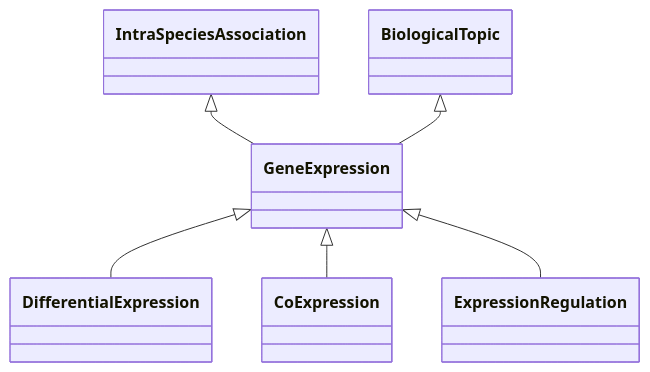
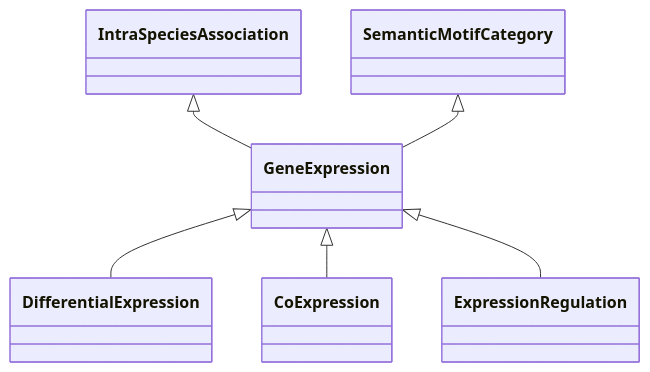
The diagram in semantic-motif-taxonomy/knet-motif-categories-doc/GeneExpression.md (KnetMiner/knetminer-schemas), drawn with Mermaid before and after one commit. The commit also changed other lines of this file and 59 other files, not shown here.

````diff
--- a/semantic-motif-taxonomy/knet-motif-categories-doc/GeneExpression.md
+++ b/semantic-motif-taxonomy/knet-motif-categories-doc/GeneExpression.md
@@ -25,20 +25,20 @@
 ```mermaid
  classDiagram
     class GeneExpression
     click GeneExpression href "../GeneExpression"
       IntraSpeciesAssociation <|-- GeneExpression
         click IntraSpeciesAssociation href "../IntraSpeciesAssociation"
-      BiologicalTopic <|-- GeneExpression
-        click BiologicalTopic href "../BiologicalTopic"
+      SemanticMotifCategory <|-- GeneExpression
+        click SemanticMotifCategory href "../SemanticMotifCategory"
       
 
       GeneExpression <|-- DifferentialExpression
         click DifferentialExpression href "../DifferentialExpression"
       GeneExpression <|-- CoExpression
         click CoExpression href "../CoExpression"
       GeneExpression <|-- ExpressionRegulation
         click ExpressionRegulation href "../ExpressionRegulation"
       
       
       
 ```
````
